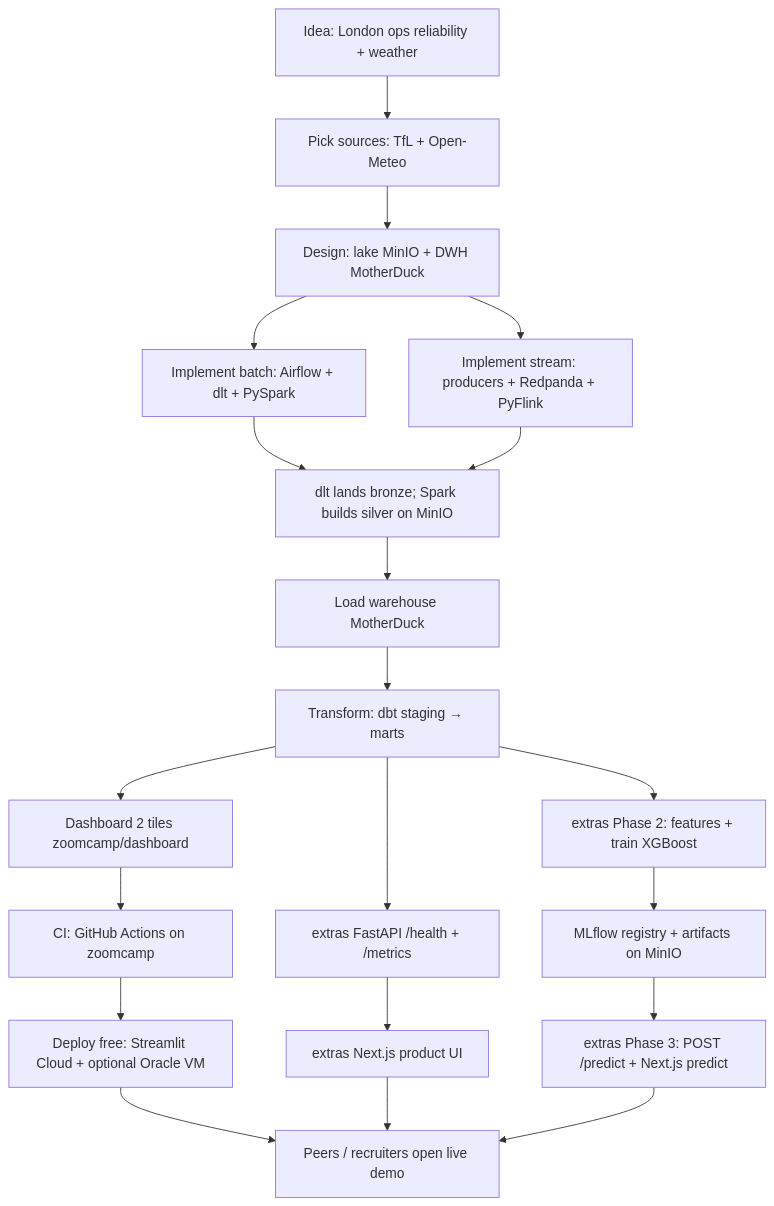
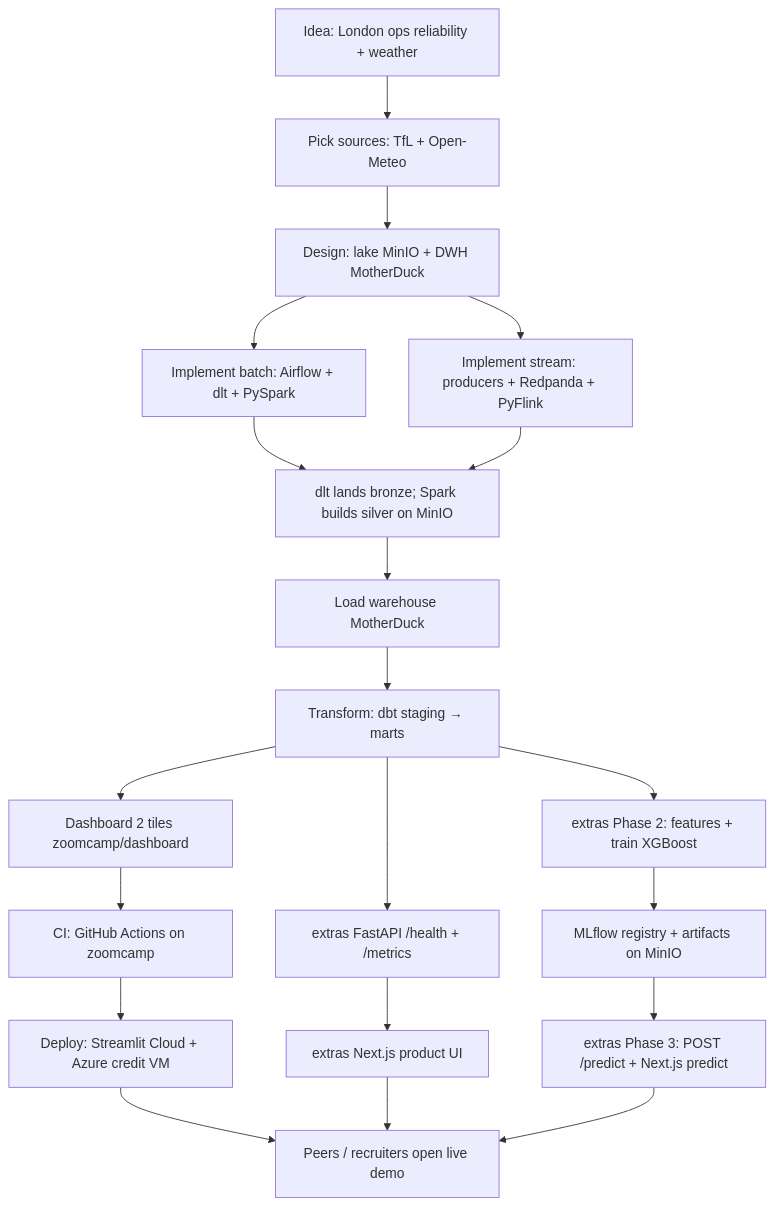
One commit to ZakariaeJaafari/transitpulse-london-ops-dashboard changed the first of 4 diagrams in docs/diagrams.md. Above: the diagram before and after it, drawn with Mermaid. The commit also changed other lines of this file and 35 other files, not shown here.

````diff
--- a/docs/diagrams.md
+++ b/docs/diagrams.md
@@ -11,22 +11,22 @@
 ```mermaid
 flowchart TD
   A[Idea: London ops reliability + weather] --> B[Pick sources: TfL + Open-Meteo]
   B --> C[Design: lake MinIO + DWH MotherDuck]
   C --> D[Implement batch: Airflow + dlt + PySpark]
   C --> E[Implement stream: producers + Redpanda + PyFlink]
   D --> F[dlt lands bronze; Spark builds silver on MinIO]
   E --> F
   F --> G[Load warehouse MotherDuck]
   G --> H[Transform: dbt staging → marts]
   H --> I["Dashboard 2 tiles zoomcamp/dashboard"]
   I --> K[CI: GitHub Actions on zoomcamp]
-  K --> L[Deploy free: Streamlit Cloud + optional Oracle VM]
+  K --> L[Deploy: Streamlit Cloud + Azure credit VM]
   H --> J["extras FastAPI /health + /metrics"]
   J --> NJS["extras Next.js product UI"]
   H --> M["extras Phase 2: features + train XGBoost"]
   M --> N[MLflow registry + artifacts on MinIO]
   N --> O["extras Phase 3: POST /predict + Next.js predict"]
   L --> P[Peers / recruiters open live demo]
   NJS --> P
   O --> P
 ```
````
